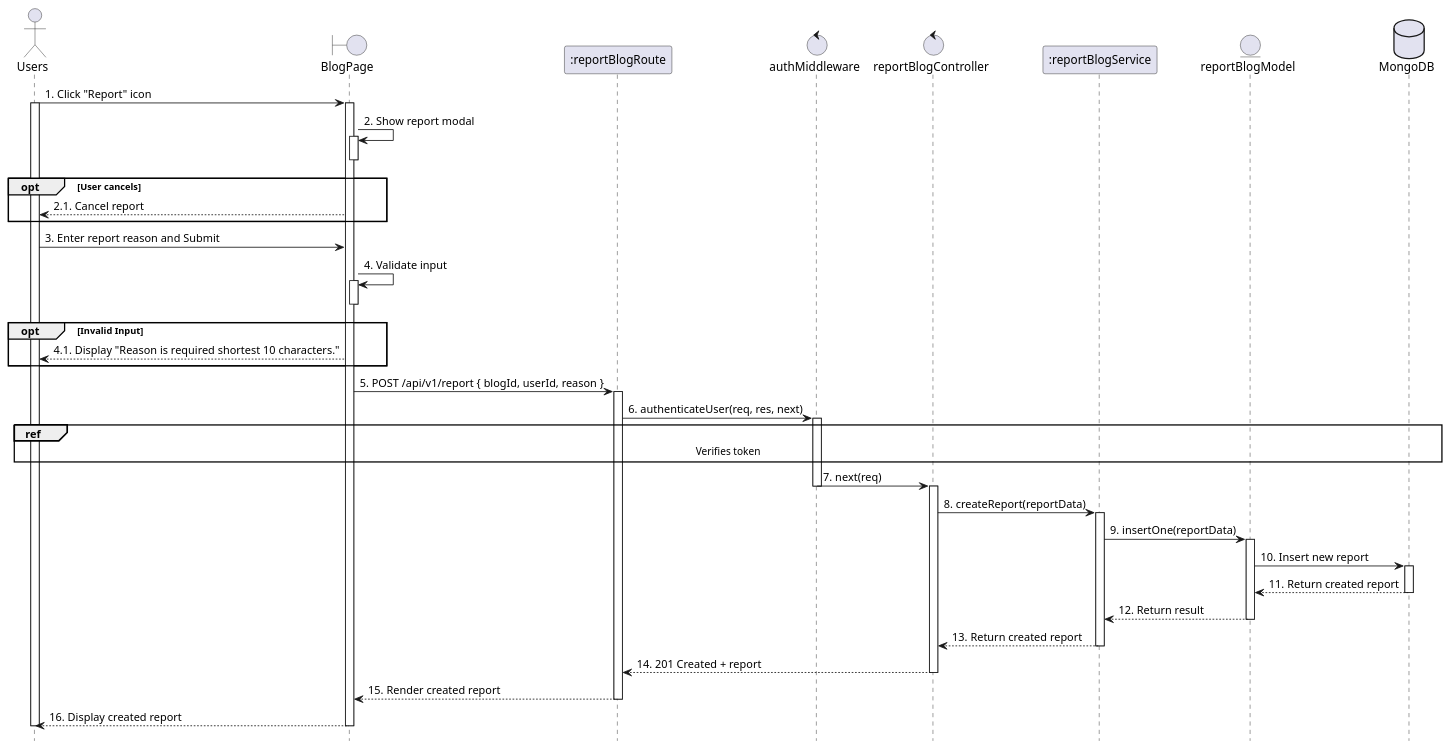
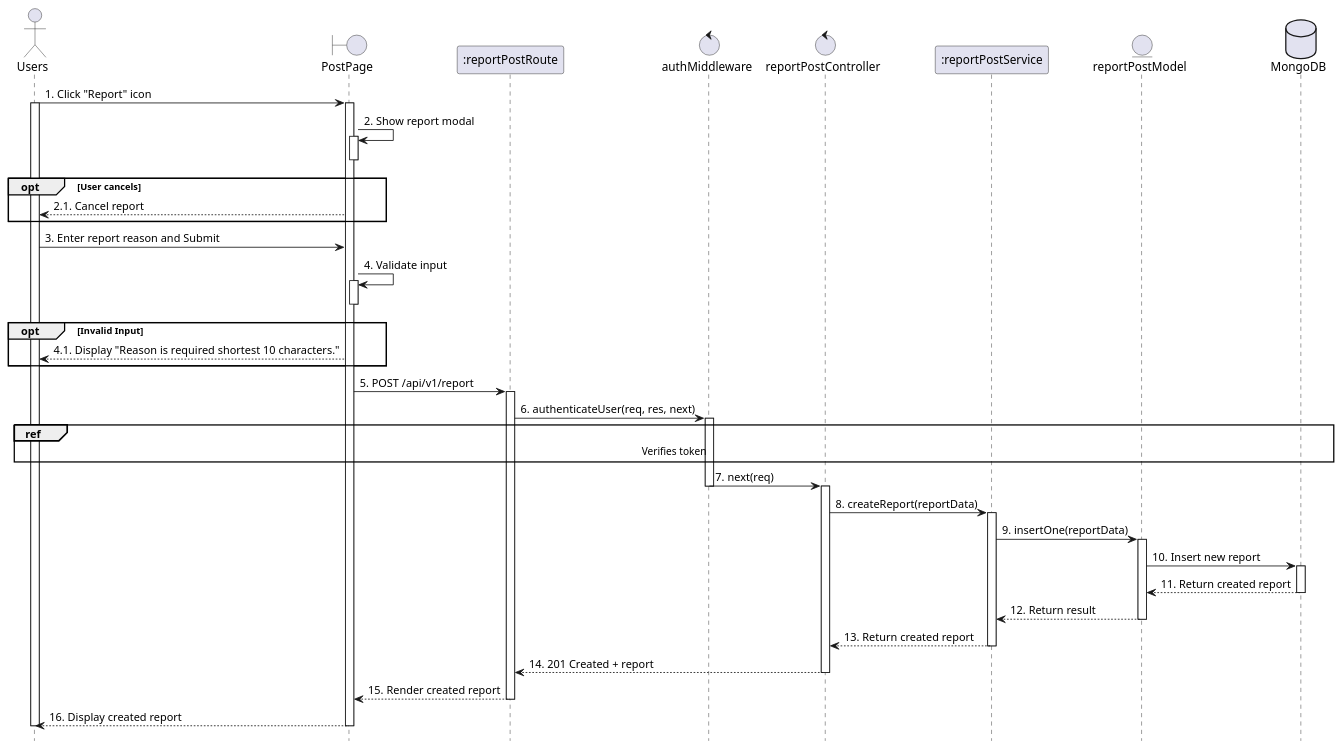
The diagram in planuml/web/19.1_createReport.puml (VietDurian/VietDurian), drawn with PlantUML before and after one commit. The commit also changed 16 other files, not shown here.

```diff
--- a/planuml/web/19.1_createReport.puml
+++ b/planuml/web/19.1_createReport.puml
@@ -1,70 +1,70 @@
 @startuml CreateReport
 
 actor User as "Users"
-boundary "BlogPage" as View 
-participant ":reportBlogRoute" as Route 
+boundary "PostPage" as View 
+participant ":reportPostRoute" as Route 
 control "authMiddleware" as Auth 
-control "reportBlogController" as Controller 
-participant ":reportBlogService" as Service 
-entity "reportBlogModel" as Model 
+control "reportPostController" as Controller 
+participant ":reportPostService" as Service 
+entity "reportPostModel" as Model 
 database "MongoDB" as MongoDB 
 hide footbox
 
     User -> View: 1. Click "Report" icon 
     activate User
     activate View
 
     View -> View: 2. Show report modal
     activate View
     deactivate View
         opt User cancels
         View --> User: 2.1. Cancel report
     end
 
     User -> View: 3. Enter report reason and Submit
     View -> View: 4. Validate input
     activate View
     deactivate View
     opt Invalid Input
         View --> User: 4.1. Display "Reason is required shortest 10 characters."
     end
 
-    View -> Route: 5. POST /api/v1/report { blogId, userId, reason }
+    View -> Route: 5. POST /api/v1/report
     activate Route
     Route -> Auth: 6. authenticateUser(req, res, next)
     activate Auth
     ref over User, MongoDB : Verifies token
 
     Auth -> Controller: 7. next(req)
     deactivate Auth
     activate Controller
 
     Controller -> Service: 8. createReport(reportData)
     activate Service
 
     Service -> Model: 9. insertOne(reportData)
     activate Model
 
     Model -> MongoDB: 10. Insert new report
     activate MongoDB
     MongoDB --> Model: 11. Return created report
     deactivate MongoDB
 
     Model --> Service: 12. Return result
     deactivate Model
 
     Service --> Controller: 13. Return created report
     deactivate Service
 
     Controller --> Route: 14. 201 Created + report
     deactivate Controller
 
     Route --> View: 15. Render created report
     deactivate Route
 
     View --> User: 16. Display created report
     deactivate View
     deactivate User
 
 
 @enduml
```
